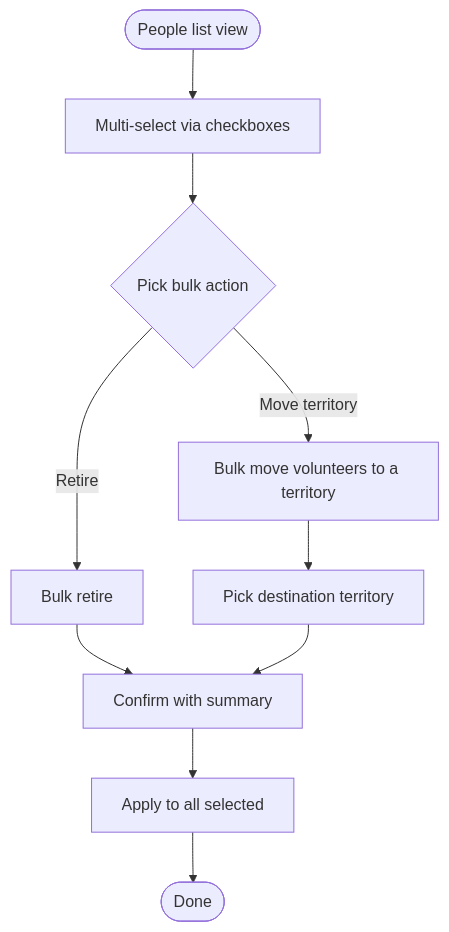
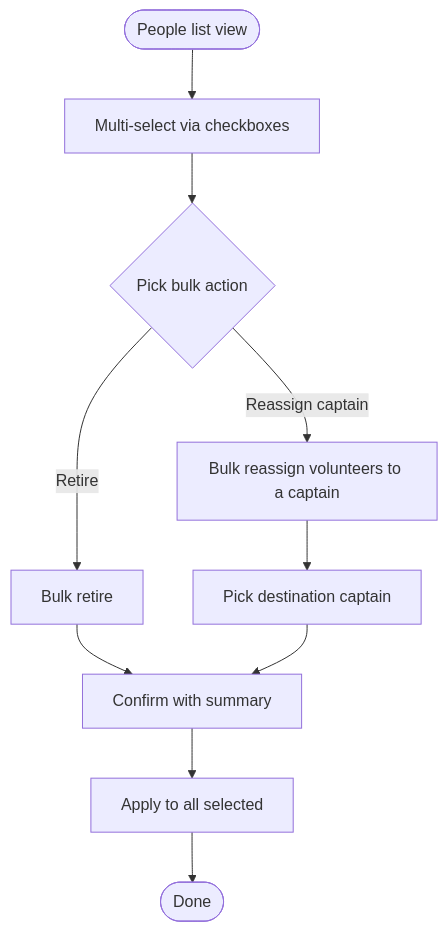
One commit to uwblueprint/beach-metro changed diagram 11 of 11 in docs/people_management_flow_v1.md. Above: the diagram before and after it, drawn with Mermaid. The commit also changed other lines of this file, not shown here.

First line of the commit message:
Redefine territory as volunteers and commercial drops, captain-direct assignment, and manual-only retirement (BM-24)

````diff
--- a/docs/people_management_flow_v1.md
+++ b/docs/people_management_flow_v1.md
@@ -236,12 +250,12 @@
 ```mermaid
 flowchart TD
     Start([People list view]) --> Multi[Multi-select via checkboxes]
     Multi --> Action{Pick bulk action}
     Action -->|Retire| Retire[Bulk retire]
-    Action -->|Move territory| Move[Bulk move volunteers to a territory]
-    Retire --> Confirm[Confirm with summary]
-    Move --> PickT[Pick destination territory]
-    PickT --> Confirm
-    Confirm --> Apply[Apply to all selected]
+    Action -->|Reassign captain| Reassign[Bulk reassign volunteers to a captain]
+    Retire --> ConfirmR[Confirm with summary]
+    Reassign --> PickC[Pick destination captain]
+    PickC --> ConfirmR
+    ConfirmR --> Apply[Apply to all selected]
     Apply --> Done([Done])
 ```
````
